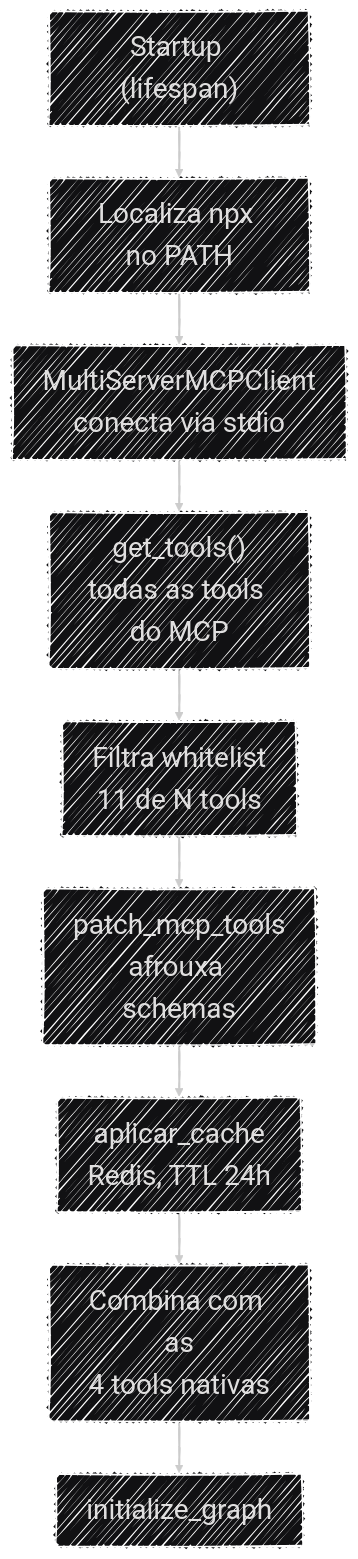
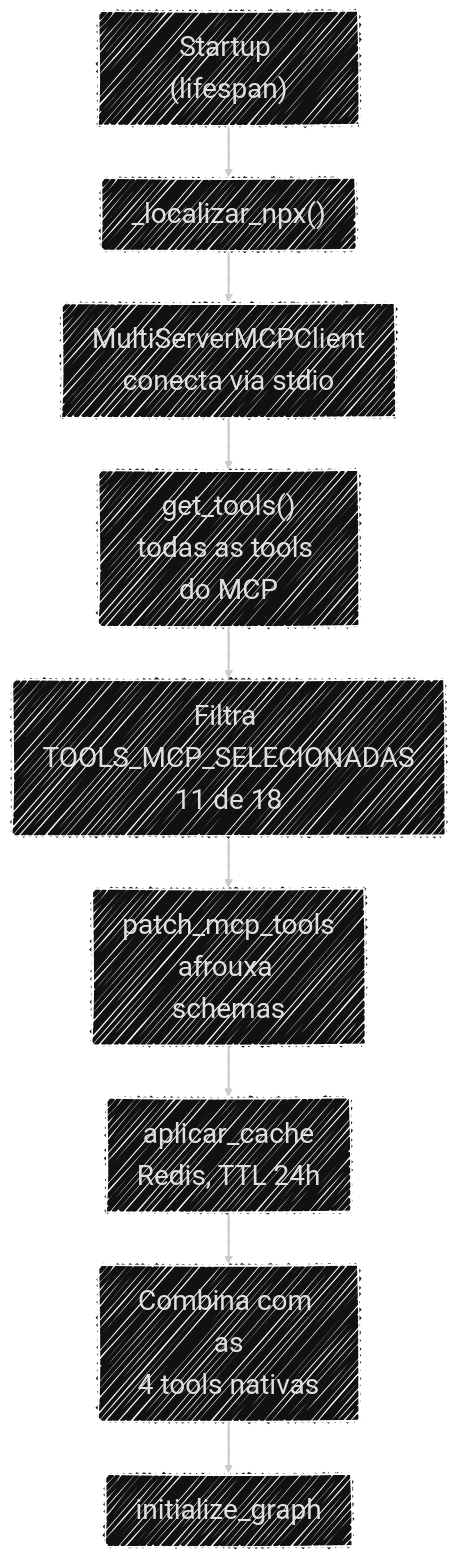
The diagram in docs/arquitetura/protocolo_mcp.md (Moreira-89/auditor-cidadao), drawn with Mermaid before and after one commit. The commit also changed other lines of this file and 19 other files, not shown here.

````diff
--- a/docs/arquitetura/protocolo_mcp.md
+++ b/docs/arquitetura/protocolo_mcp.md
@@ -27,21 +27,21 @@
 ```mermaid
 ---
 config:
   layout: dagre
   theme: redux-dark
   look: handDrawn
   fontFamily: '''Source Code Pro Variable'', monospace'
   themeVariables:
     fontFamily: '''Source Code Pro Variable'', monospace'
     fontSize: '28px'
 ---
 flowchart TB
-    START["Startup (lifespan)"] --> NPX["Localiza npx no PATH"]
+    START["Startup (lifespan)"] --> NPX["_localizar_npx()"]
     NPX --> CONN["MultiServerMCPClient<br>conecta via stdio"]
     CONN --> GET["get_tools()<br>todas as tools do MCP"]
-    GET --> FILTER["Filtra whitelist<br>11 de N tools"]
+    GET --> FILTER["Filtra TOOLS_MCP_SELECIONADAS<br>11 de 18"]
     FILTER --> PATCH["patch_mcp_tools<br>afrouxa schemas"]
     PATCH --> CACHE["aplicar_cache<br>Redis, TTL 24h"]
     CACHE --> MERGE["Combina com as<br>4 tools nativas"]
     MERGE --> GRAFO["initialize_graph"]
 ```
````
